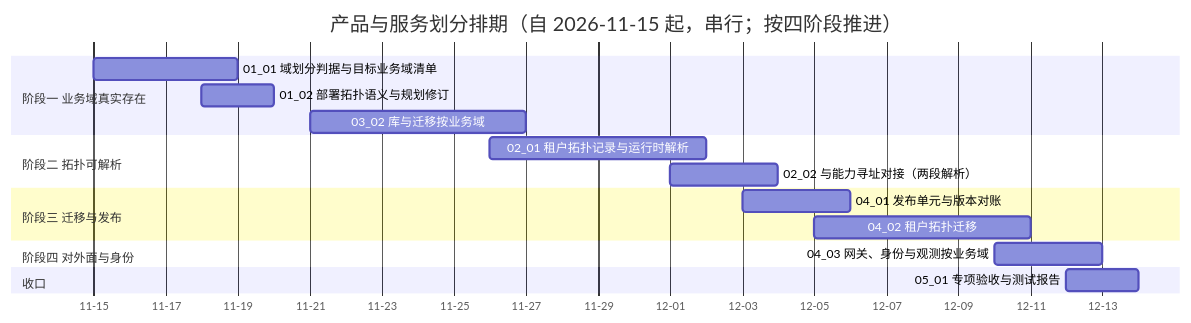
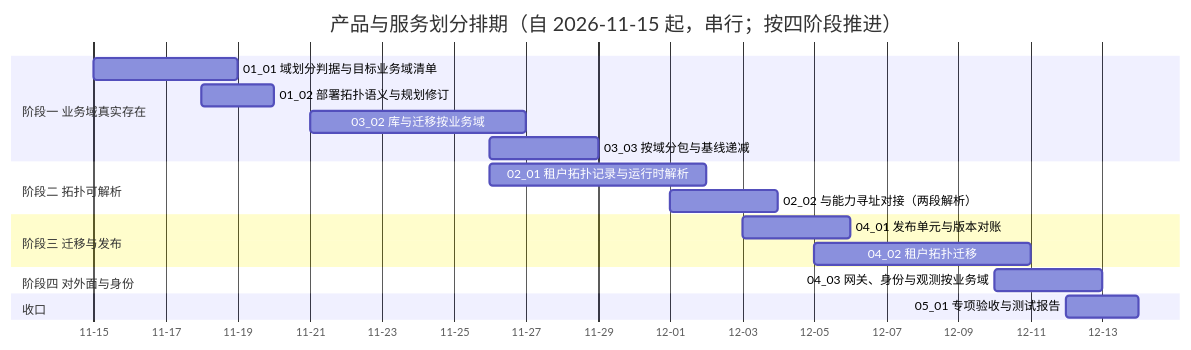
The diagram in bms文档/项目/07C_产品与服务划分/计划/01_计划_产品与服务划分.md (minjian123/basic-management-system), drawn with Mermaid before and after one commit. The commit also changed other lines of this file and 11 other files, not shown here.

````diff
--- a/bms文档/项目/07C_产品与服务划分/计划/01_计划_产品与服务划分.md
+++ b/bms文档/项目/07C_产品与服务划分/计划/01_计划_产品与服务划分.md
@@ -45,20 +46,21 @@
 ```mermaid
 gantt
     title 产品与服务划分排期（自 2026-11-15 起，串行；按四阶段推进）
     dateFormat  YYYY-MM-DD
     axisFormat %m-%d
     section 阶段一 业务域真实存在
     01_01 域划分判据与目标业务域清单 :c0101, 2026-11-15, 4d
     01_02 部署拓扑语义与规划修订 :c0102, 2026-11-18, 2d
     03_02 库与迁移按业务域 :c0302, 2026-11-21, 6d
+    03_03 按域分包与基线递减 :c0303, 2026-11-26, 3d
     section 阶段二 拓扑可解析
     02_01 租户拓扑记录与运行时解析 :c0201, 2026-11-26, 6d
     02_02 与能力寻址对接（两段解析） :c0202, 2026-12-01, 3d
     section 阶段三 迁移与发布
     04_01 发布单元与版本对账 :c0401, 2026-12-03, 3d
     04_02 租户拓扑迁移 :c0402, 2026-12-05, 6d
     section 阶段四 对外面与身份
     04_03 网关、身份与观测按业务域 :c0403, 2026-12-10, 3d
     section 收口
     05_01 专项验收与测试报告 :c0501, 2026-12-12, 2d
 ```
````
